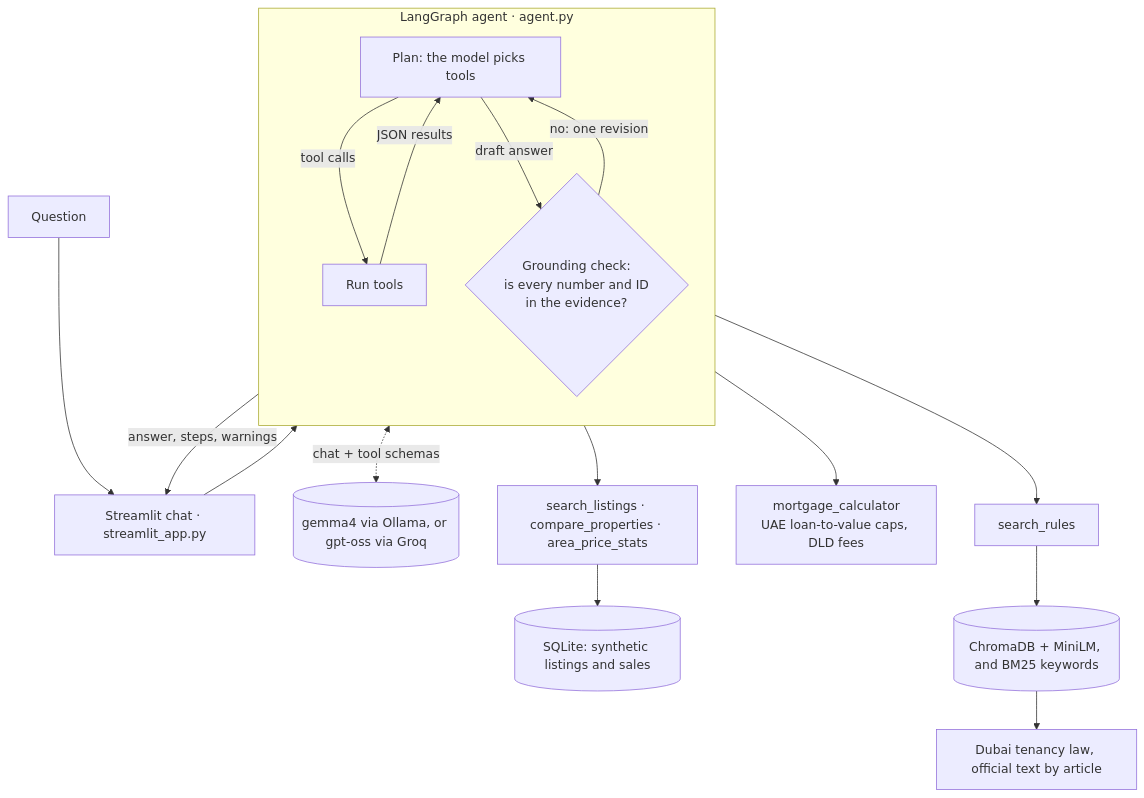
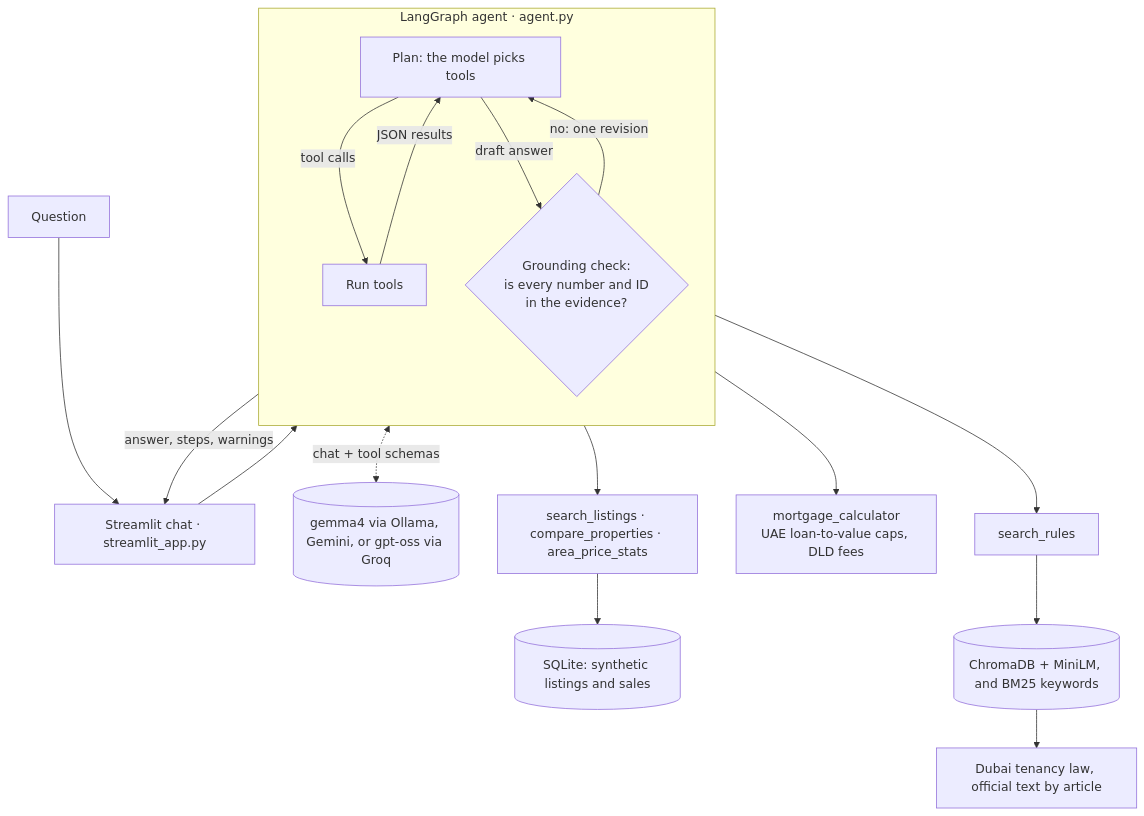
Before and after one commit to arjun9669/EstateAgent-AI: the diagram in README.md, drawn with Mermaid. The commit also changed other lines of this file and 6 other files, not shown here.

````diff
--- a/README.md
+++ b/README.md
@@ -48,23 +48,23 @@
 ```mermaid
 flowchart TB
     Q["Question"] --> UI["Streamlit chat · streamlit_app.py"]
     UI --> P
 
     subgraph AG["LangGraph agent · agent.py"]
         direction TB
         P["Plan: the model picks tools"] -- "tool calls" --> T["Run tools"]
         T -- "JSON results" --> P
         P -- "draft answer" --> G{"Grounding check:<br/>is every number and ID<br/>in the evidence?"}
         G -- "no: one revision" --> P
     end
 
-    P <-. "chat + tool schemas" .-> LLM[("gemma4 via Ollama, or gpt-oss via Groq")]
+    P <-. "chat + tool schemas" .-> LLM[("gemma4 via Ollama, Gemini, or gpt-oss via Groq")]
     G -- "answer, steps, warnings" --> UI
 
     T --> SL["search_listings · compare_properties · area_price_stats"]
     T --> MC["mortgage_calculator<br/>UAE loan-to-value caps, DLD fees"]
     T --> SR["search_rules"]
     SL --> DB[("SQLite: synthetic listings and sales")]
     SR --> IX[("ChromaDB + MiniLM, and BM25 keywords")]
     IX --> LAW["Dubai tenancy law, official text by article"]
 ```
````
